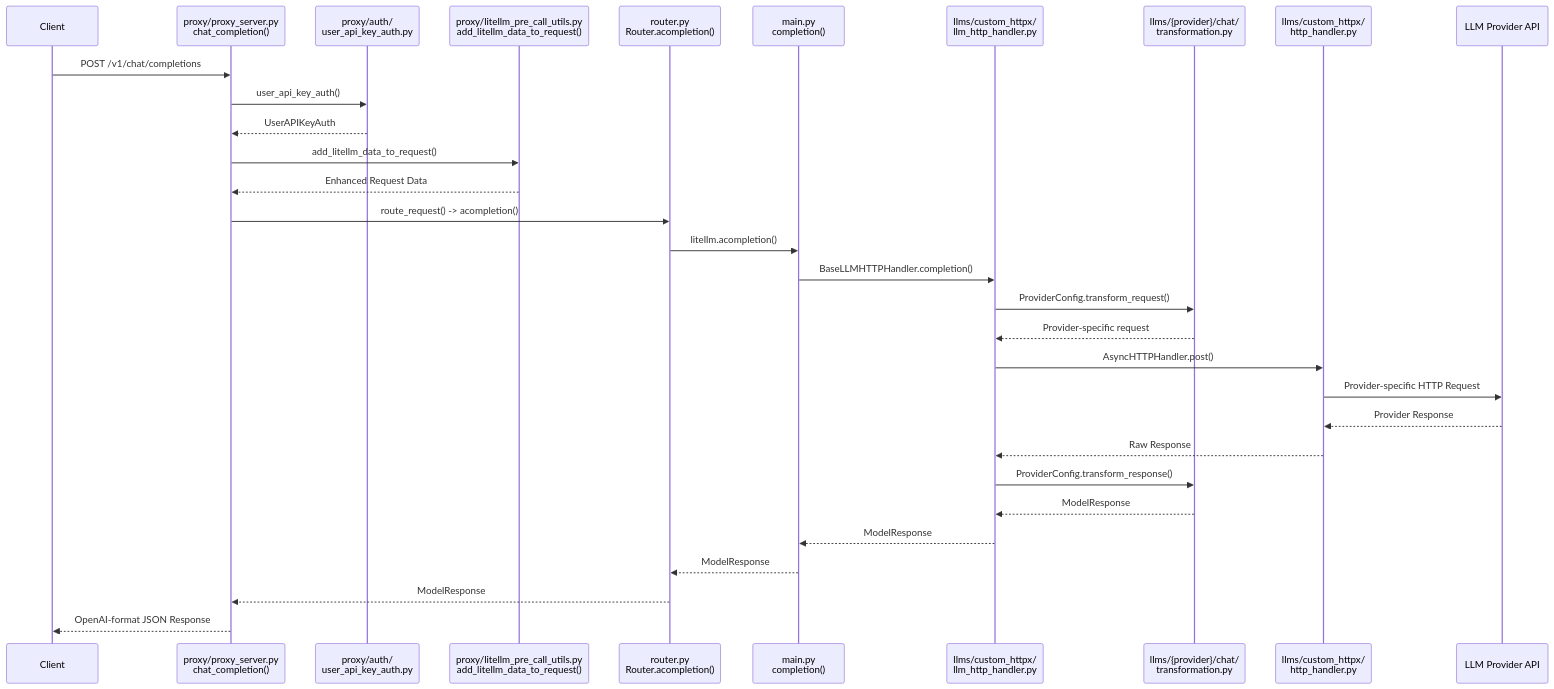
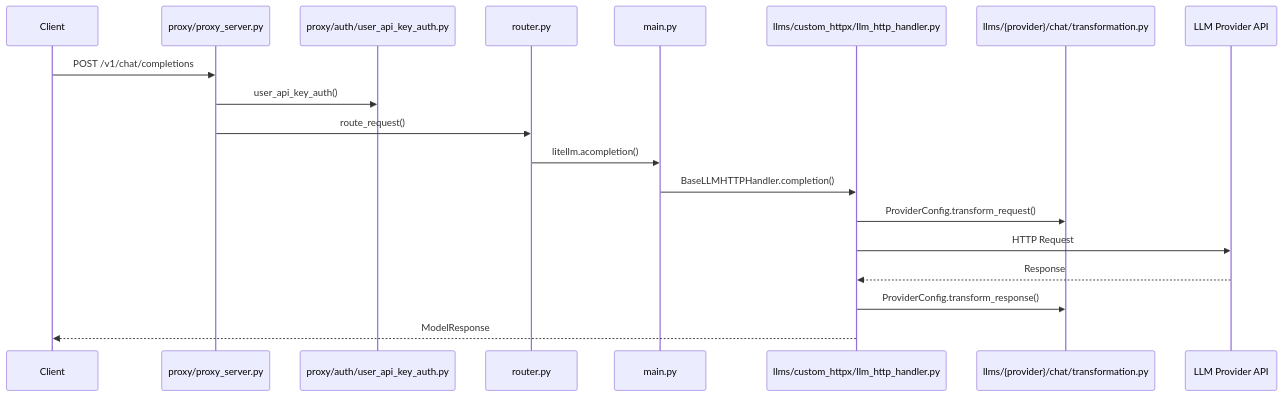
The diagram in ARCHITECTURE.md (BerriAI/litellm), drawn with Mermaid before and after one commit. The commit also changed other lines of this file, not shown here.

````diff
--- a/ARCHITECTURE.md
+++ b/ARCHITECTURE.md
@@ -10,34 +7,22 @@
 ```mermaid
 sequenceDiagram
     participant Client
-    participant ProxyServer as proxy/proxy_server.py<br/>chat_completion()
-    participant Auth as proxy/auth/<br/>user_api_key_auth.py
-    participant PreCall as proxy/litellm_pre_call_utils.py<br/>add_litellm_data_to_request()
-    participant Router as router.py<br/>Router.acompletion()
-    participant Main as main.py<br/>completion()
-    participant Handler as llms/custom_httpx/<br/>llm_http_handler.py
-    participant Transform as llms/{provider}/chat/<br/>transformation.py
-    participant HTTP as llms/custom_httpx/<br/>http_handler.py
+    participant ProxyServer as proxy/proxy_server.py
+    participant Auth as proxy/auth/user_api_key_auth.py
+    participant Router as router.py
+    participant Main as main.py
+    participant Handler as llms/custom_httpx/llm_http_handler.py
+    participant Transform as llms/{provider}/chat/transformation.py
     participant Provider as LLM Provider API
 
     Client->>ProxyServer: POST /v1/chat/completions
     ProxyServer->>Auth: user_api_key_auth()
-    Auth-->>ProxyServer: UserAPIKeyAuth
-    ProxyServer->>PreCall: add_litellm_data_to_request()
-    PreCall-->>ProxyServer: Enhanced Request Data
-    ProxyServer->>Router: route_request() -> acompletion()
+    ProxyServer->>Router: route_request()
     Router->>Main: litellm.acompletion()
     Main->>Handler: BaseLLMHTTPHandler.completion()
     Handler->>Transform: ProviderConfig.transform_request()
-    Transform-->>Handler: Provider-specific request
-    Handler->>HTTP: AsyncHTTPHandler.post()
-    HTTP->>Provider: Provider-specific HTTP Request
-    Provider-->>HTTP: Provider Response
-    HTTP-->>Handler: Raw Response
+    Handler->>Provider: HTTP Request
+    Provider-->>Handler: Response
     Handler->>Transform: ProviderConfig.transform_response()
-    Transform-->>Handler: ModelResponse
-    Handler-->>Main: ModelResponse
-    Main-->>Router: ModelResponse
-    Router-->>ProxyServer: ModelResponse
-    ProxyServer-->>Client: OpenAI-format JSON Response
+    Handler-->>Client: ModelResponse
 ```
````
